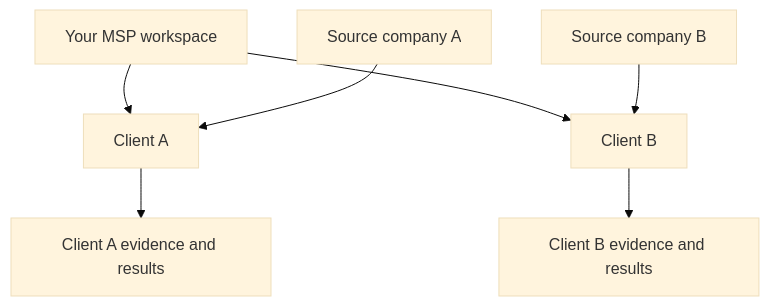
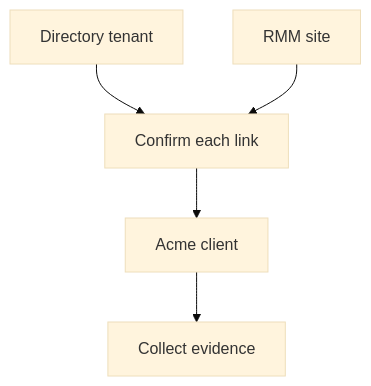
The diagram in guides/organizations.mdx (ledgrhq/alignr-docs), drawn with Mermaid (base theme) before and after one commit. The commit also changed other lines of this file and 14 other files, not shown here.

````diff
--- a/guides/organizations.mdx
+++ b/guides/organizations.mdx
@@ -24,9 +43,7 @@
 ```mermaid
 flowchart TD
-    T["Your MSP workspace"] --> A["Client A"]
-    T --> B["Client B"]
-    S["Source company A"] --> A
-    U["Source company B"] --> B
-    A --> EA["Client A evidence and results"]
-    B --> EB["Client B evidence and results"]
+    A["Directory tenant"] --> C["Confirm each link"]
+    B["RMM site"] --> C
+    C --> D["Acme client"]
+    D --> E["Collect evidence"]
 ```
````
